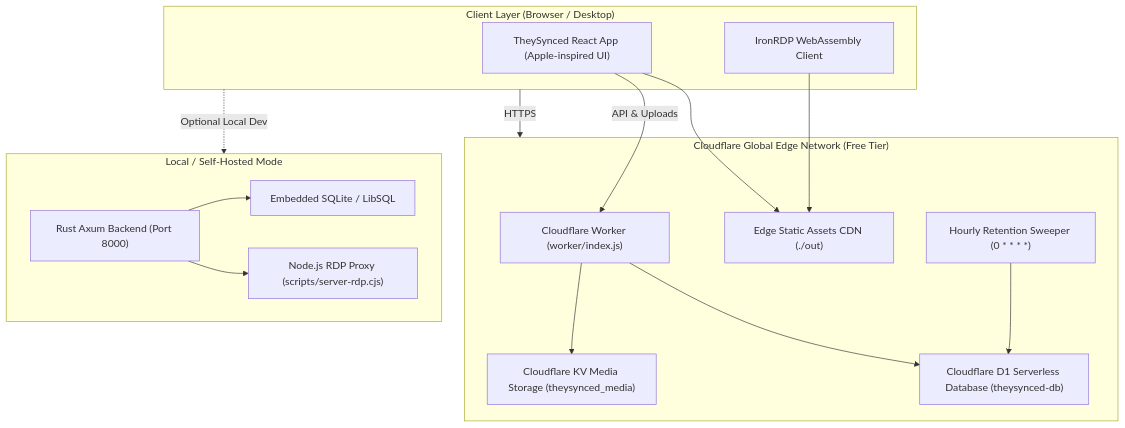
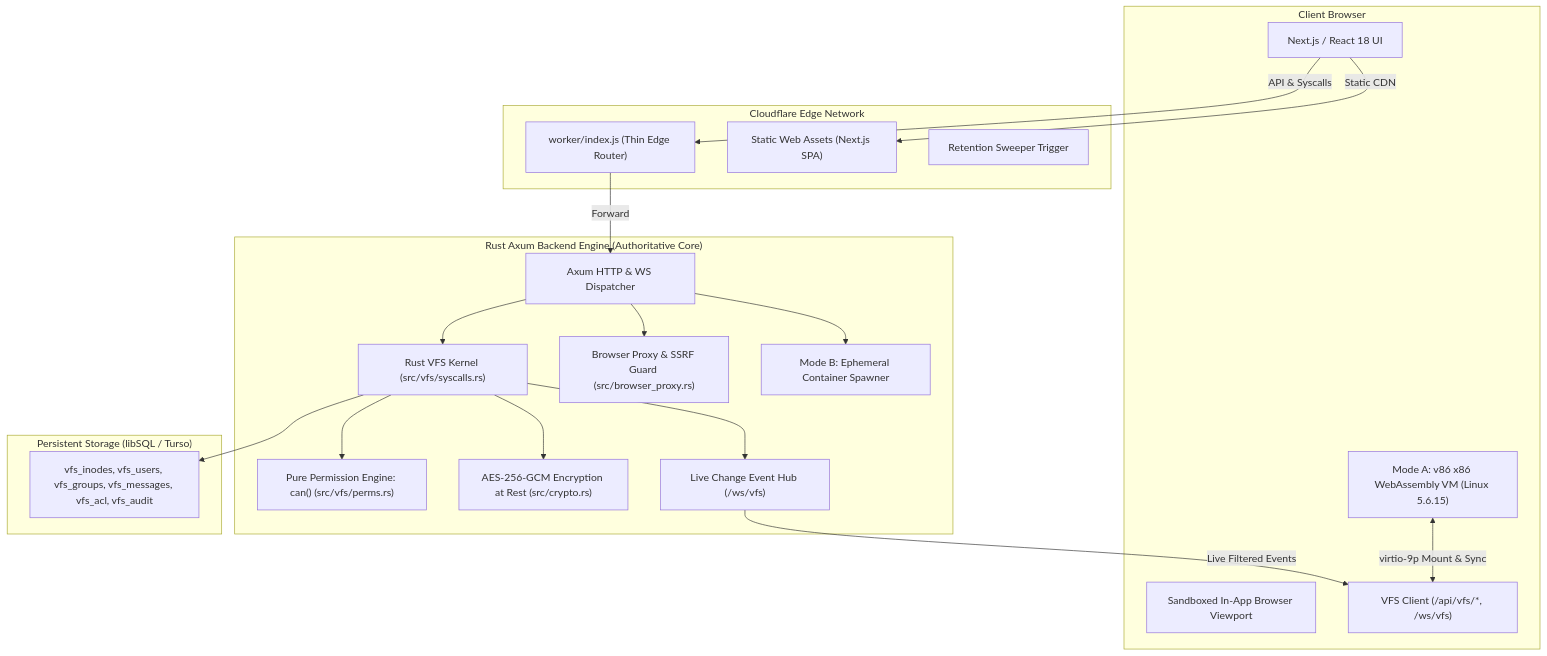
Before and after one commit to humairaambreen/theysynced: the diagram in README.md, drawn with Mermaid. The commit also changed other lines of this file, not shown here.

Commit message:
docs: update README with VFS architecture, POSIX permissions, dual terminal modes, and security rotation

````diff
--- a/README.md
+++ b/README.md
@@ -86,33 +30,42 @@
 ```mermaid
 flowchart TD
-    subgraph Client ["Client Layer (Browser / Desktop)"]
-        UI["TheySynced React App (Apple-inspired UI)"]
-        WASM["IronRDP WebAssembly Client"]
+    subgraph Browser ["Client Browser"]
+        UI["Next.js / React 18 UI"]
+        TerminalA["Mode A: v86 x86 WebAssembly VM (Linux 5.6.15)"]
+        BrowserView["Sandboxed In-App Browser Viewport"]
+        VfsClient["VFS Client (/api/vfs/*, /ws/vfs)"]
     end
 
-    subgraph Edge ["Cloudflare Global Edge Network (Free Tier)"]
-        Worker["Cloudflare Worker (worker/index.js)"]
-        Static["Edge Static Assets CDN (./out)"]
-        D1["Cloudflare D1 Serverless Database (theysynced-db)"]
-        KV["Cloudflare KV Media Storage (theysynced_media)"]
-        Cron["Hourly Retention Sweeper (0 * * * *)"]
+    subgraph Edge ["Cloudflare Edge Network"]
+        Worker["worker/index.js (Thin Edge Router)"]
+        Static["Static Web Assets (Next.js SPA)"]
+        Cron["Retention Sweeper Trigger"]
     end
 
-    subgraph Local ["Local / Self-Hosted Mode"]
-        Axum["Rust Axum Backend (Port 8000)"]
-        LibSQL["Embedded SQLite / LibSQL"]
-        RDP["Node.js RDP Proxy (scripts/server-rdp.cjs)"]
+    subgraph Backend ["Rust Axum Backend Engine (Authoritative Core)"]
+        Router["Axum HTTP & WS Dispatcher"]
+        VfsEngine["Rust VFS Kernel (src/vfs/syscalls.rs)"]
+        Perms["Pure Permission Engine: can() (src/vfs/perms.rs)"]
+        BrowserProxy["Browser Proxy & SSRF Guard (src/browser_proxy.rs)"]
+        Crypto["AES-256-GCM Encryption at Rest (src/crypto.rs)"]
+        VfsHub["Live Change Event Hub (/ws/vfs)"]
+        TermB["Mode B: Ephemeral Container Spawner"]
     end
 
-    Client -->|HTTPS| Edge
-    UI --> Static
-    WASM --> Static
-    UI -->|API & Uploads| Worker
-    Worker --> D1
-    Worker --> KV
-    Cron --> D1
+    subgraph Storage ["Persistent Storage (libSQL / Turso)"]
+        VfsTables["vfs_inodes, vfs_users, vfs_groups, vfs_messages, vfs_acl, vfs_audit"]
+    end
 
-    Client -.->|Optional Local Dev| Local
-    Axum --> LibSQL
-    Axum --> RDP
+    UI -->|Static CDN| Static
+    UI -->|API & Syscalls| Worker
+    Worker -->|Forward| Router
+    Router --> VfsEngine
+    Router --> BrowserProxy
+    Router --> TermB
+    VfsEngine --> Perms
+    VfsEngine --> Crypto
+    VfsEngine --> VfsTables
+    VfsEngine --> VfsHub
+    VfsHub -->|Live Filtered Events| VfsClient
+    TerminalA <-->|virtio-9p Mount & Sync| VfsClient
 ```
````
